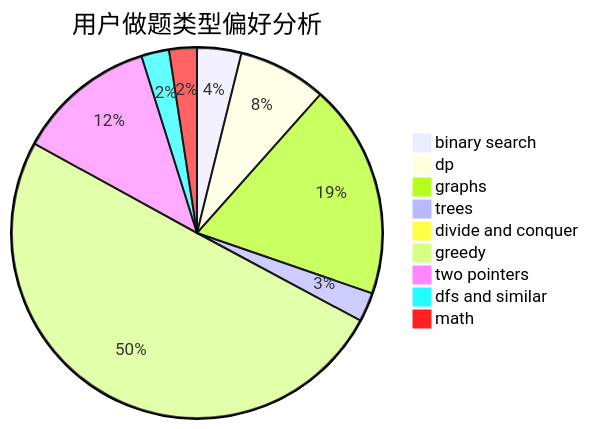
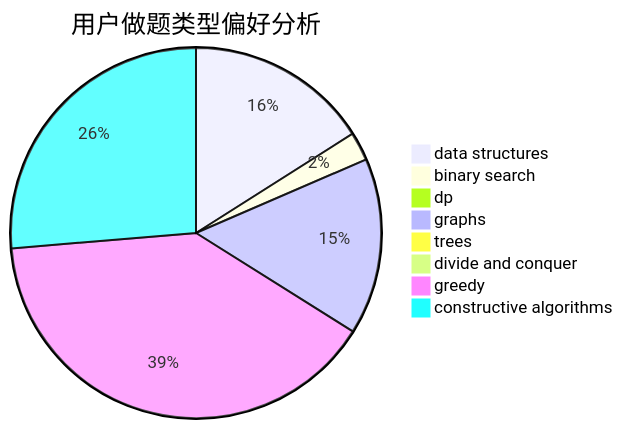
One commit to sherpahu/cfrs.github.io changed the second of 3 diagrams in docs/user/u2616.md. Above: the diagram before and after it, drawn with Mermaid. The commit also changed other lines of this file and 2775 other files, not shown here.

````diff
--- a/docs/user/u2616.md
+++ b/docs/user/u2616.md
@@ -23,12 +23,11 @@
 ```mermaid
 pie title 用户做题类型偏好分析
-    "binary search" :  59
-    "dp" :  118
-    "graphs" :  286
-    "trees" :  39
-    "divide and conquer" :  3
-    "greedy" :  767
-    "two pointers" :  186
-    "dfs and similar" :  37
-    "math" :  37
+    "data structures" :  217
+    "binary search" :  34
+    "dp" :  10
+    "graphs" :  209
+    "trees" :  5
+    "divide and conquer" :  2
+    "greedy" :  539
+    "constructive algorithms" :  357
 ```
````
